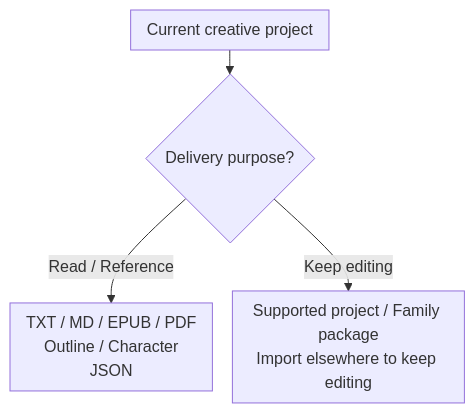
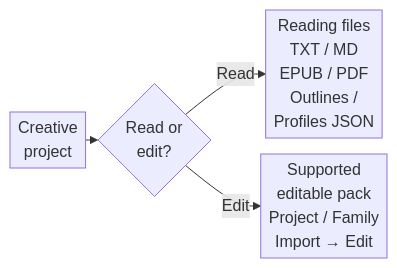
Diagram 15 of 18 in README.en.md (GTJasonMK/A4N), drawn with Mermaid before and after one commit. The commit also changed other lines of this file and 2 other files, not shown here.

````diff
--- a/README.en.md
+++ b/README.en.md
@@ -343,12 +350,12 @@
 ```mermaid
 ---
 config:
-  flowchart: { nodeSpacing: 20, rankSpacing: 24, padding: 8 }
+  flowchart: { nodeSpacing: 16, rankSpacing: 12, padding: 4, wrappingWidth: 120 }
 ---
-flowchart TB
+flowchart LR
   accTitle: Reading files and editable project transfers
   accDescr: A project can export reading files or structured material, or a supported editable project package. Only the package path means importing elsewhere to continue editing. Reading formats are not complete project backups.
-  project["Current creative project"] --> purpose{"Delivery purpose?"}
-  purpose -->|Read / Reference| documents["TXT / MD / EPUB / PDF<br/>Outline / Character<br/>JSON"]
-  purpose -->|Keep editing| transfer["Supported project / Family package<br/>Import elsewhere to keep editing"]
+  project["Creative<br/>project"] --> purpose{"Read or<br/>edit?"}
+  purpose -->|Read| documents["Reading files<br/>TXT / MD<br/>EPUB / PDF<br/>Outlines /<br/>Profiles JSON"]
+  purpose -->|Edit| transfer["Supported<br/>editable pack<br/>Project / Family<br/>Import → Edit"]
 ```
````
